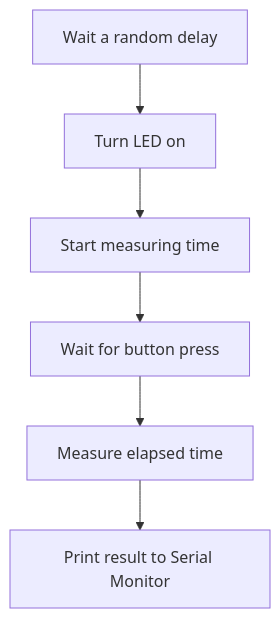
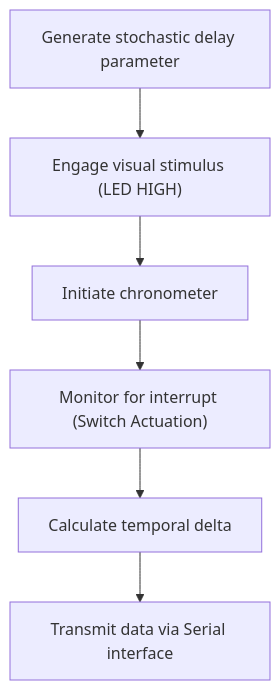
The ninth of 9 diagrams in src/content/docs/posts/intro-to-hardware/index.md (jithurx/learn), drawn with Mermaid before and after one commit. The commit also changed other lines of this file, not shown here.

````diff
--- a/src/content/docs/posts/intro-to-hardware/index.md
+++ b/src/content/docs/posts/intro-to-hardware/index.md
@@ -499,8 +501,8 @@
 ```mermaid
 flowchart TD
-    A["Wait a random delay"] --> B["Turn LED on"]
-    B --> C["Start measuring time"]
-    C --> D["Wait for button press"]
-    D --> E["Measure elapsed time"]
-    E --> F["Print result to Serial Monitor"]
+    A["Generate stochastic delay parameter"] --> B["Engage visual stimulus (LED HIGH)"]
+    B --> C["Initiate chronometer"]
+    C --> D["Monitor for interrupt (Switch Actuation)"]
+    D --> E["Calculate temporal delta"]
+    E --> F["Transmit data via Serial interface"]
 ```
````
